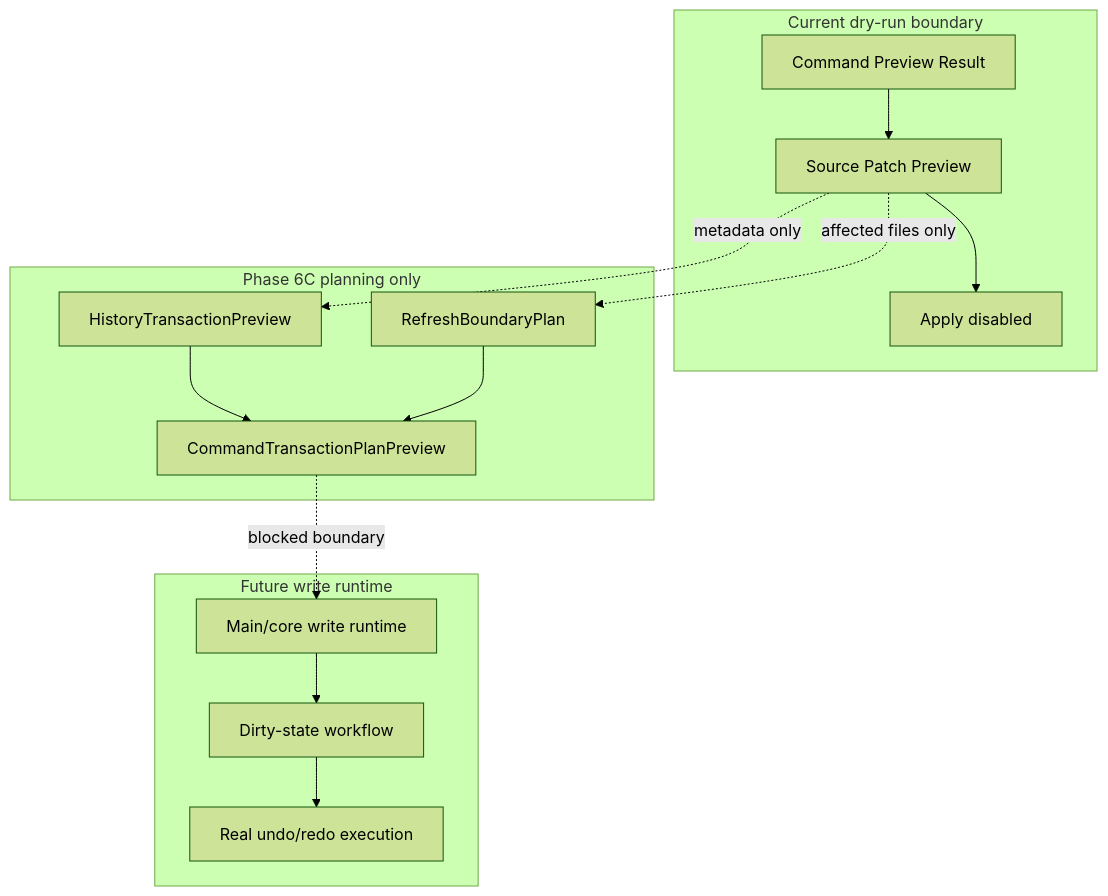
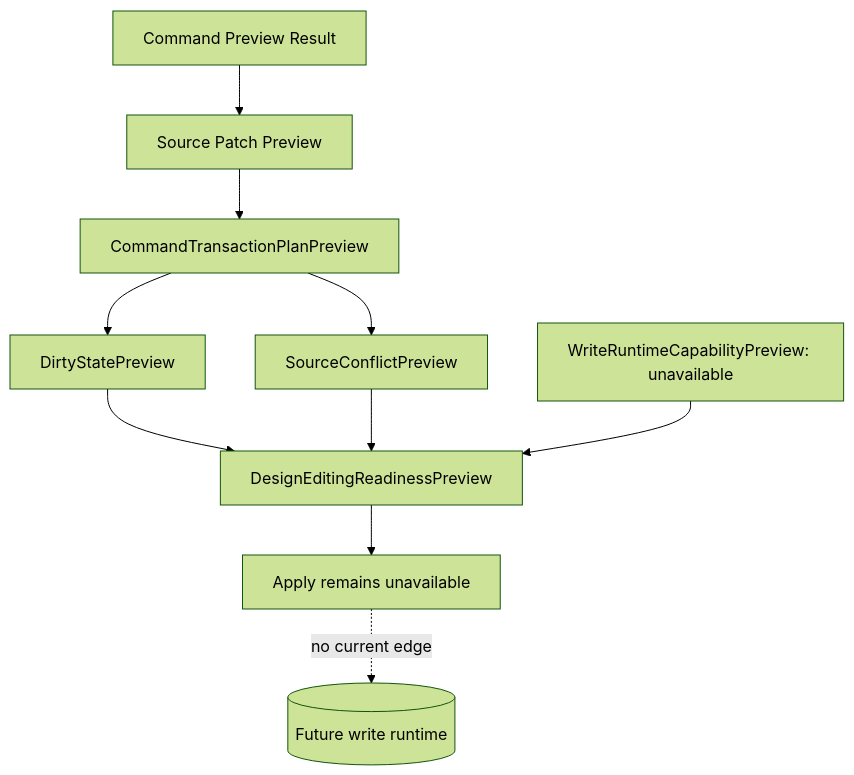
Before and after one commit to krestosa/Crystal: the diagram in docs/architecture/flows/future-write-flow.md, drawn with Mermaid (forest theme). The commit also changed other lines of this file and 4 other files, not shown here.

Commit message:
Document design editing preflight

````diff
--- a/docs/architecture/flows/future-write-flow.md
+++ b/docs/architecture/flows/future-write-flow.md
@@ -73,28 +63,12 @@
 ```mermaid
 flowchart TD
-  subgraph Current[Current dry-run boundary]
-    CommandPreview[Command Preview Result]
-    PatchPreview[Source Patch Preview]
-    ApplyDisabled[Apply disabled]
-  end
-
-  subgraph Phase6C[Phase 6C planning only]
-    HistoryPreview[HistoryTransactionPreview]
-    RefreshPlan[RefreshBoundaryPlan]
-    TransactionPlan[CommandTransactionPlanPreview]
-  end
-
-  subgraph Future[Future write runtime]
-    WriteRuntime[Main/core write runtime]
-    DirtyState[Dirty-state workflow]
-    RealHistory[Real undo/redo execution]
-  end
-
-  CommandPreview --> PatchPreview --> ApplyDisabled
-  PatchPreview -. metadata only .-> HistoryPreview
-  PatchPreview -. affected files only .-> RefreshPlan
-  HistoryPreview --> TransactionPlan
-  RefreshPlan --> TransactionPlan
-  TransactionPlan -. blocked boundary .-> WriteRuntime
-  WriteRuntime --> DirtyState --> RealHistory
+  CommandPreview[Command Preview Result] --> PatchPreview[Source Patch Preview]
+  PatchPreview --> TransactionPlan[CommandTransactionPlanPreview]
+  TransactionPlan --> Dirty[DirtyStatePreview]
+  TransactionPlan --> Conflict[SourceConflictPreview]
+  Dirty --> Readiness[DesignEditingReadinessPreview]
+  Conflict --> Readiness
+  WriteRuntime[WriteRuntimeCapabilityPreview: unavailable] --> Readiness
+  Readiness --> ApplyBlocked[Apply remains unavailable]
+  ApplyBlocked -. no current edge .-> FutureWrite[(Future write runtime)]
 ```
````
